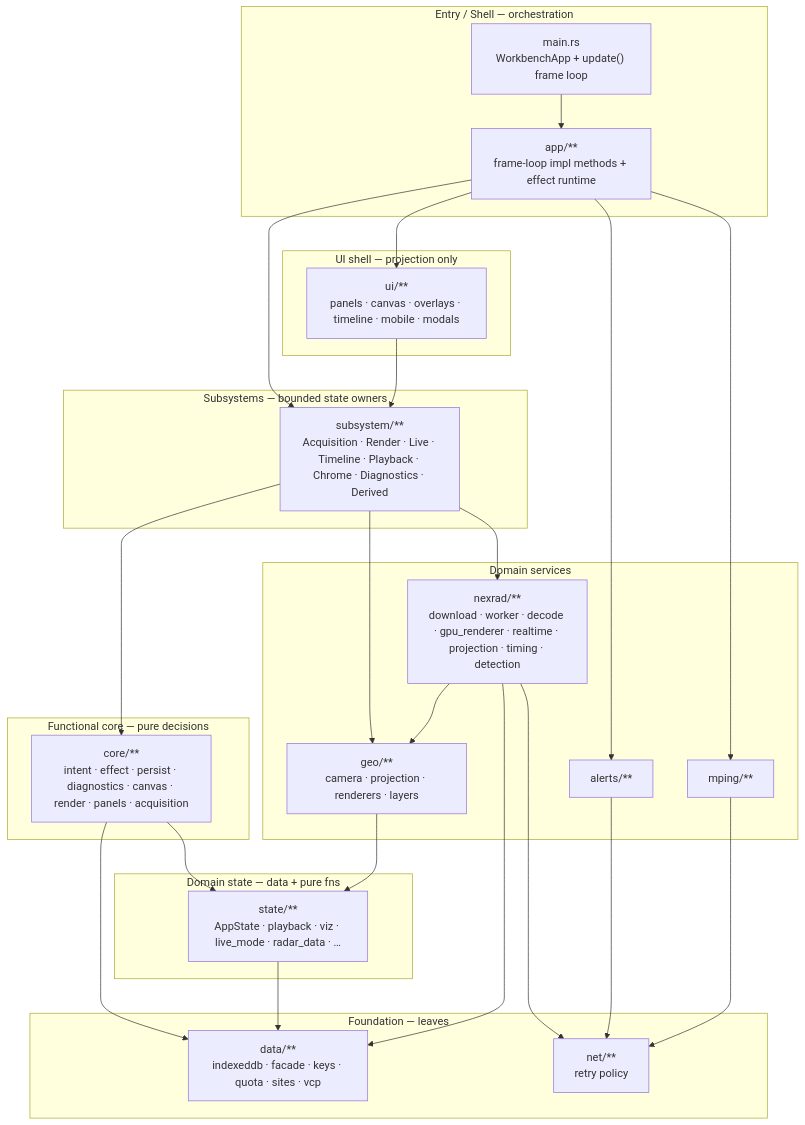
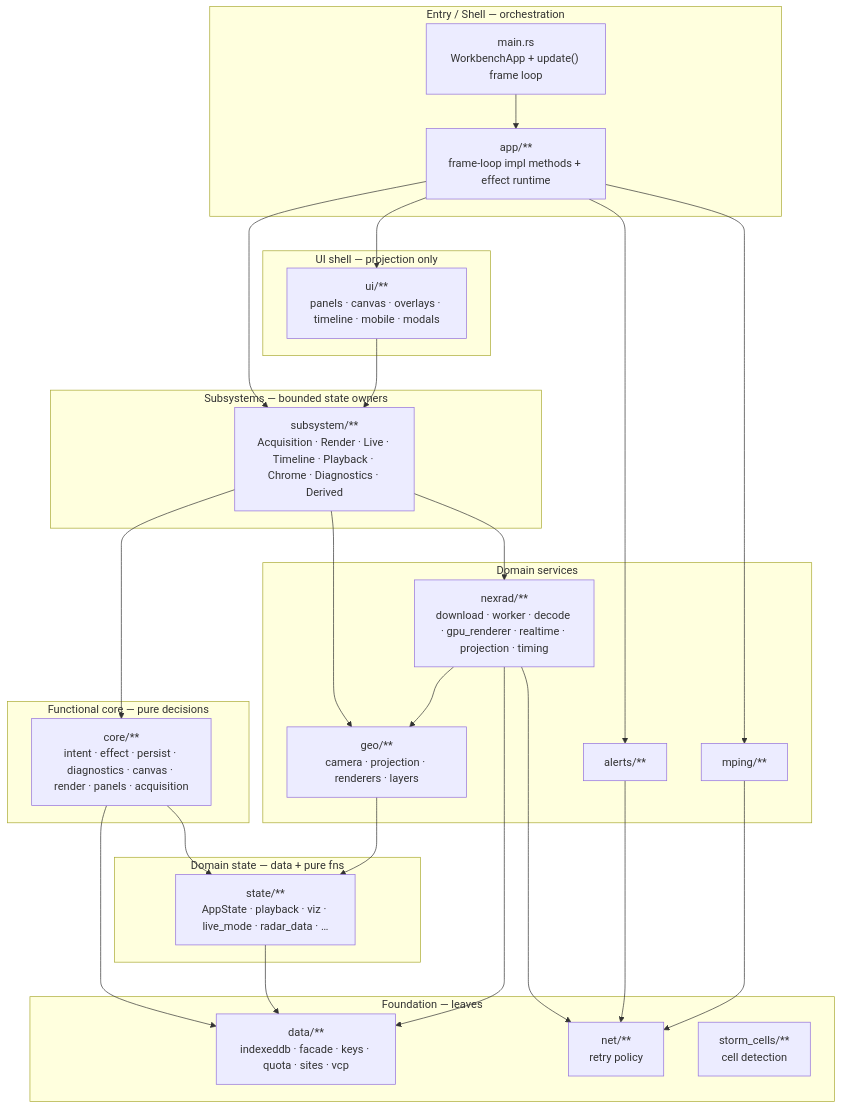
The fifth of 22 diagrams in docs/ARCHITECTURE_DIAGRAMS.md (danielway/nexrad-workbench), drawn with Mermaid before and after one commit. The commit also changed other lines of this file and 32 other files, not shown here.

First line of the commit message:
Segment storm cells with nested thresholds and add a test corpus (#252)

````diff
--- a/docs/ARCHITECTURE_DIAGRAMS.md
+++ b/docs/ARCHITECTURE_DIAGRAMS.md
@@ -209,47 +209,48 @@
 ```mermaid
 flowchart TB
     subgraph L0["Entry / Shell — orchestration"]
         main["main.rs<br/>WorkbenchApp + update() frame loop"]
         appm["app/**<br/>frame-loop impl methods + effect runtime"]
     end
     subgraph L1["UI shell — projection only"]
         ui["ui/**<br/>panels · canvas · overlays · timeline · mobile · modals"]
     end
     subgraph L2["Subsystems — bounded state owners"]
         sub["subsystem/**<br/>Acquisition · Render · Live · Timeline · Playback · Chrome · Diagnostics · Derived"]
     end
     subgraph L3["Functional core — pure decisions"]
         core["core/**<br/>intent · effect · persist · diagnostics · canvas · render · panels · acquisition"]
     end
     subgraph L4["Domain state — data + pure fns"]
         state["state/**<br/>AppState · playback · viz · live_mode · radar_data · …"]
     end
     subgraph L5["Domain services"]
-        nexrad["nexrad/**<br/>download · worker · decode · gpu_renderer · realtime · projection · timing · detection"]
+        nexrad["nexrad/**<br/>download · worker · decode · gpu_renderer · realtime · projection · timing"]
         geo["geo/**<br/>camera · projection · renderers · layers"]
         alerts["alerts/**"]
         mpingm["mping/**"]
     end
     subgraph L6["Foundation — leaves"]
         data["data/**<br/>indexeddb · facade · keys · quota · sites · vcp"]
         net["net/**<br/>retry policy"]
+        stormcells["storm_cells/**<br/>cell detection"]
     end
 
     main --> appm --> ui
     appm --> sub
     ui --> sub
     sub --> core
     sub --> nexrad
     sub --> geo
     core --> state
     core --> data
     state --> data
     nexrad --> data
     nexrad --> net
     nexrad --> geo
     geo --> state
     alerts --> net
     mpingm --> net
     appm --> alerts
     appm --> mpingm
 ```
````
